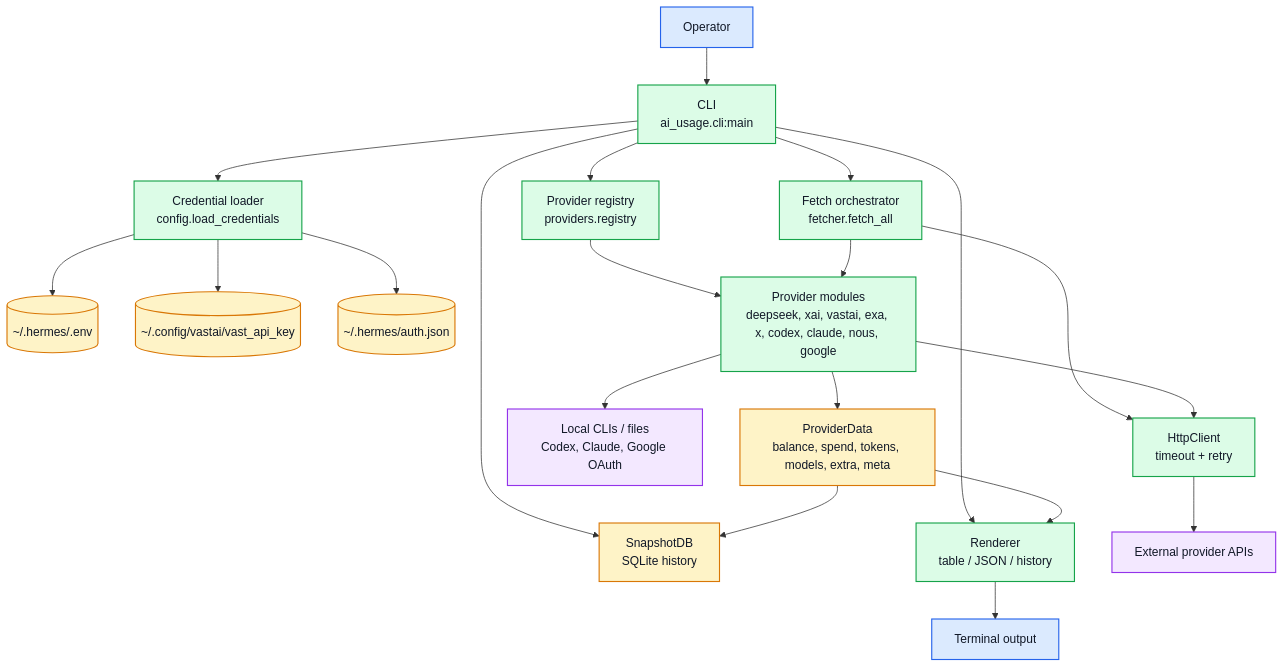
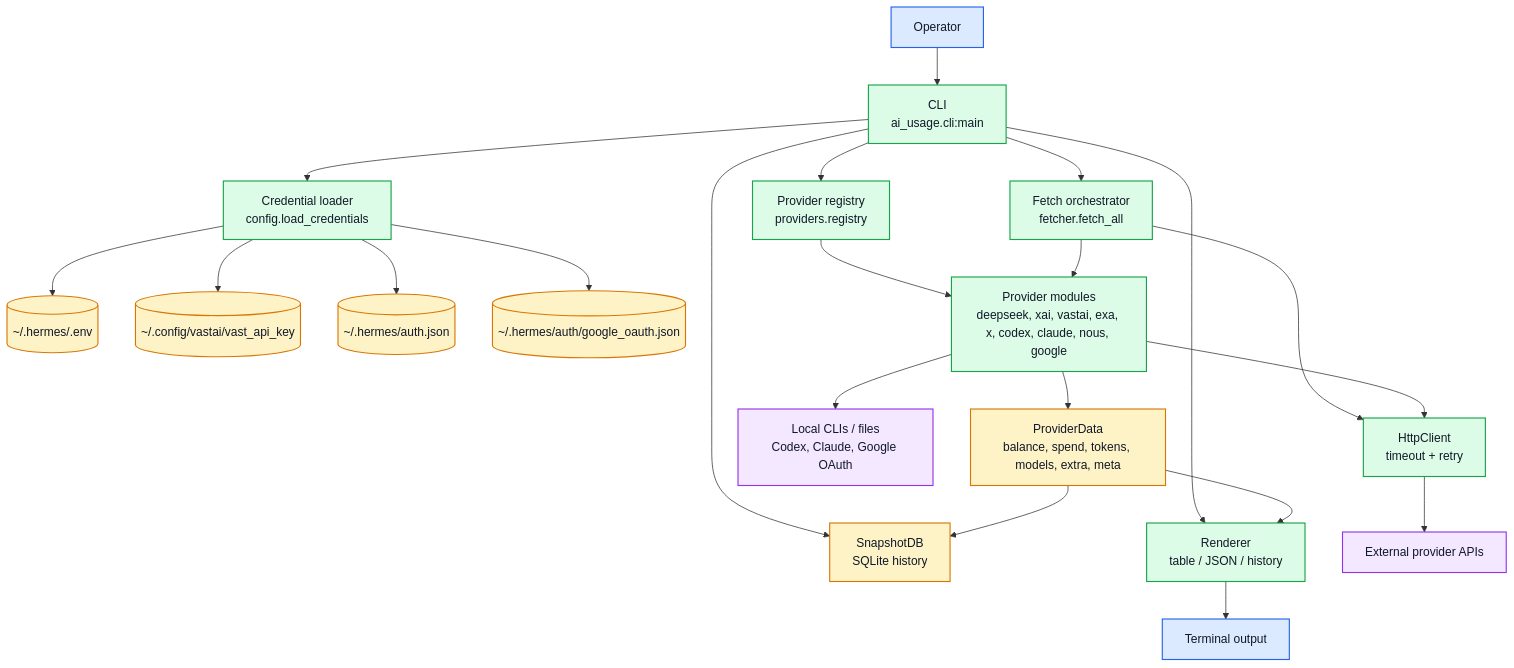
Before and after one commit to michaelnicks0/ai-usage: the first of 2 diagrams in docs/architecture.md, drawn with Mermaid. The commit also changed other lines of this file and 14 other files, not shown here.

````diff
--- a/docs/architecture.md
+++ b/docs/architecture.md
@@ -19,32 +19,33 @@
 ```mermaid
 flowchart TB
     operator["Operator"]:::actor --> cli["CLI<br/>ai_usage.cli:main"]:::process
 
     cli --> config["Credential loader<br/>config.load_credentials"]:::process
     cli --> registry["Provider registry<br/>providers.registry"]:::process
     cli --> fetcher["Fetch orchestrator<br/>fetcher.fetch_all"]:::process
     cli --> db["SnapshotDB<br/>SQLite history"]:::datastore
     cli --> render["Renderer<br/>table / JSON / history"]:::process
 
     config --> hermesEnv[("~/.hermes/.env")]:::datastore
     config --> vastKey[("~/.config/vastai/vast_api_key")]:::datastore
     config --> nousAuth[("~/.hermes/auth.json")]:::datastore
+    config --> googleAuth[("~/.hermes/auth/google_oauth.json")]:::datastore
 
     registry --> providers["Provider modules<br/>deepseek, xai, vastai, exa, x, codex, claude, nous, google"]:::process
     fetcher --> http["HttpClient<br/>timeout + retry"]:::process
     fetcher --> providers
     providers --> http
 
     http --> providerApis["External provider APIs"]:::external
     providers --> localCLIs["Local CLIs / files<br/>Codex, Claude, Google OAuth"]:::external
 
     providers --> normalized["ProviderData<br/>balance, spend, tokens, models, extra, meta"]:::datastore
     normalized --> db
     normalized --> render
     render --> terminal["Terminal output"]:::actor
 
     classDef actor fill:#dbeafe,stroke:#2563eb,color:#111827,stroke-width:1.5px;
     classDef process fill:#dcfce7,stroke:#16a34a,color:#111827,stroke-width:1.5px;
     classDef datastore fill:#fef3c7,stroke:#d97706,color:#111827,stroke-width:1.5px;
     classDef external fill:#f3e8ff,stroke:#9333ea,color:#111827,stroke-width:1.5px;
 ```
````
